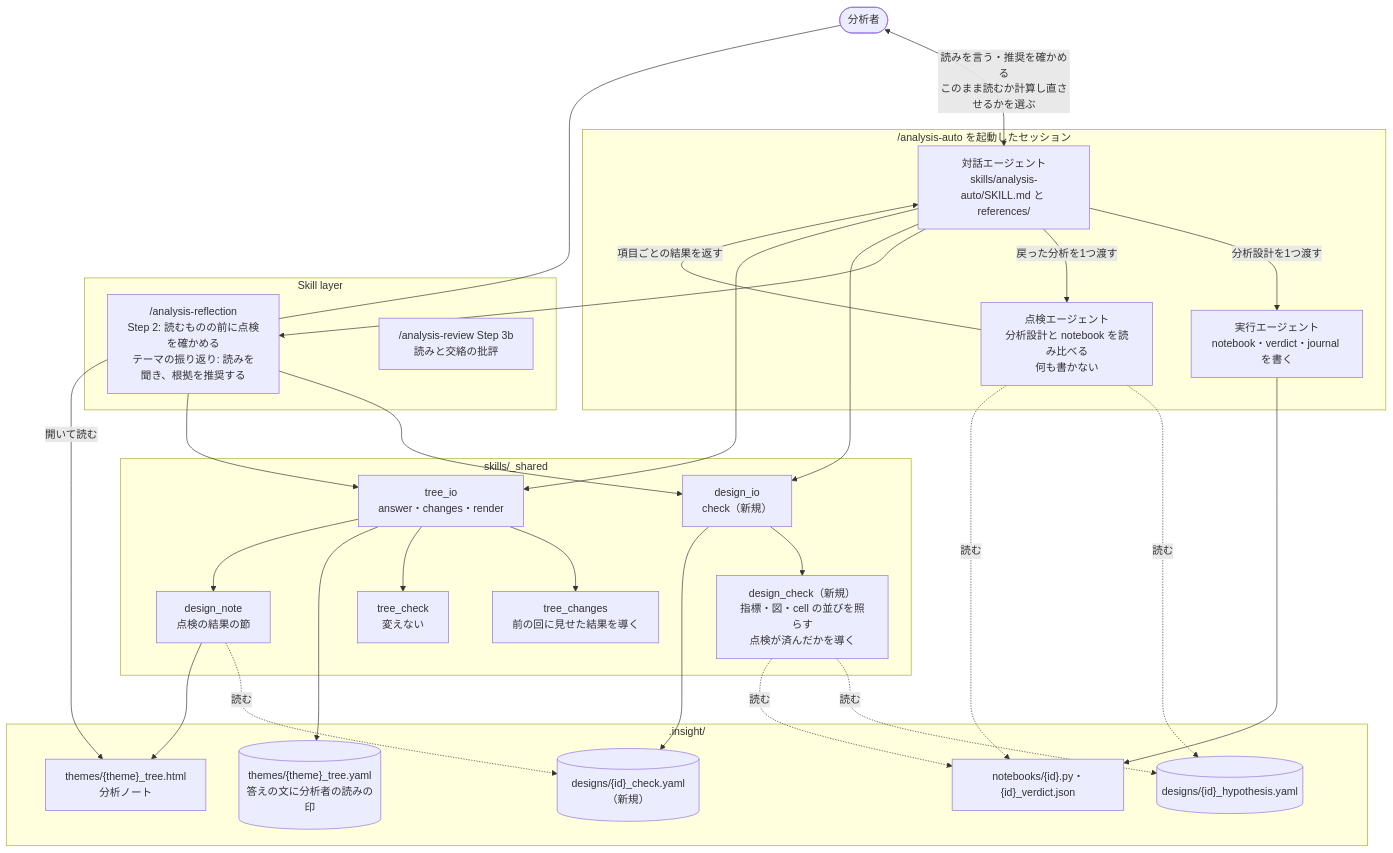
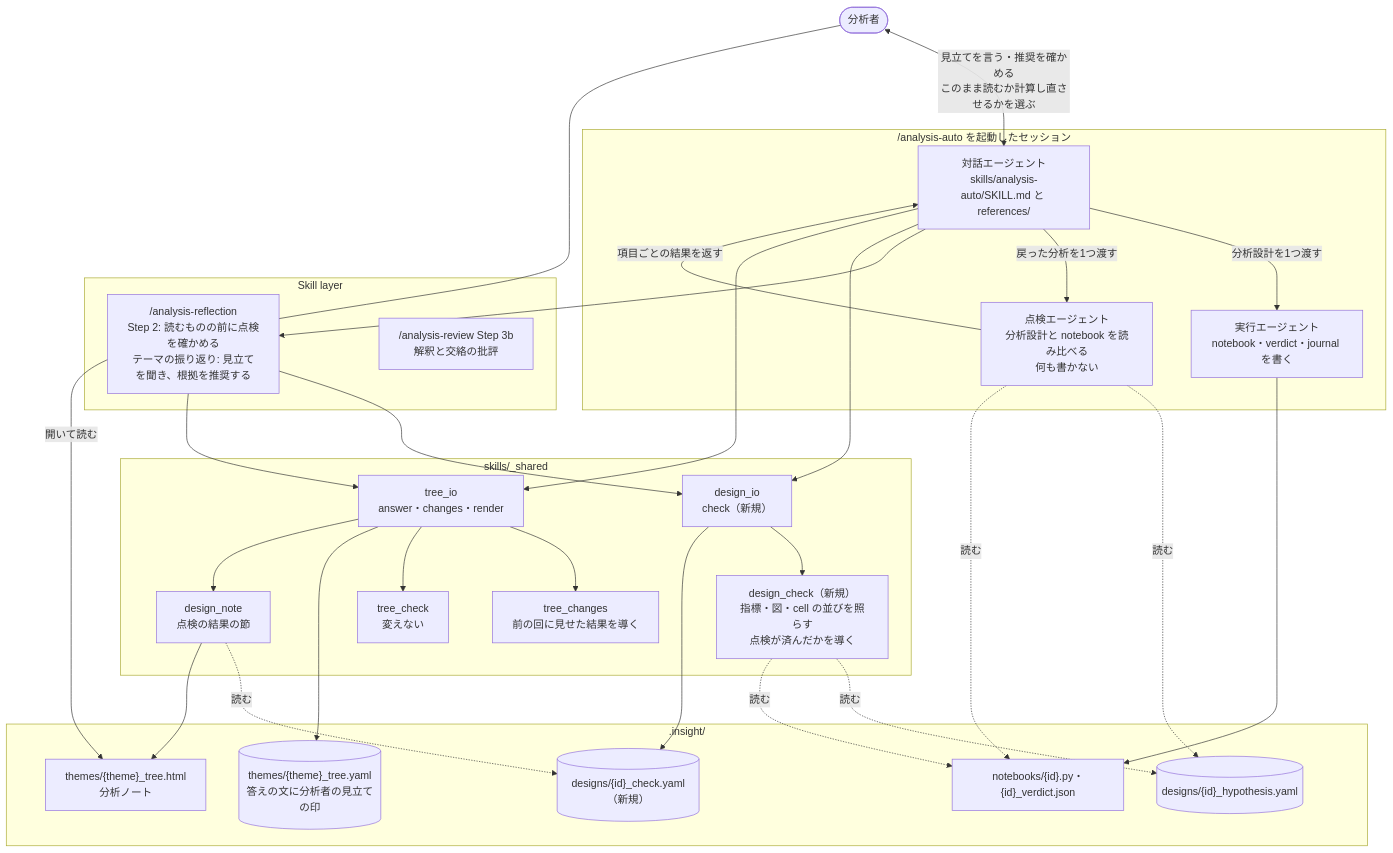
The first of 5 diagrams in docs/design/epic-36-before-the-analyst-answers.md (etoyama/insight-blueprint-skills), drawn with Mermaid before and after one commit. The commit also changed other lines of this file and 6 other files, not shown here.

````diff
--- a/docs/design/epic-36-before-the-analyst-answers.md
+++ b/docs/design/epic-36-before-the-analyst-answers.md
@@ -258,51 +261,51 @@
 ```mermaid
 flowchart TD
     analyst([分析者])
     subgraph session["/analysis-auto を起動したセッション"]
         driver["対話エージェント<br/>skills/analysis-auto/SKILL.md と references/"]
         runner["実行エージェント<br/>notebook・verdict・journal を書く"]
         checker["点検エージェント<br/>分析設計と notebook を読み比べる<br/>何も書かない"]
     end
     subgraph skills["Skill layer"]
-        reflection["/analysis-reflection<br/>Step 2: 読むものの前に点検を確かめる<br/>テーマの振り返り: 読みを聞き、根拠を推奨する"]
-        review["/analysis-review Step 3b<br/>読みと交絡の批評"]
+        reflection["/analysis-reflection<br/>Step 2: 読むものの前に点検を確かめる<br/>テーマの振り返り: 見立てを聞き、根拠を推奨する"]
+        review["/analysis-review Step 3b<br/>解釈と交絡の批評"]
     end
     subgraph cli["skills/_shared"]
         design_io["design_io<br/>check（新規）"]
         design_check["design_check（新規）<br/>指標・図・cell の並びを照らす<br/>点検が済んだかを導く"]
         tree_io["tree_io<br/>answer・changes・render"]
         tree_changes["tree_changes<br/>前の回に見せた結果を導く"]
         tree_check["tree_check<br/>変えない"]
         note["design_note<br/>点検の結果の節"]
     end
     subgraph insight[".insight/"]
         designs[("designs/{id}_hypothesis.yaml")]
         checks[("designs/{id}_check.yaml（新規）")]
         nb["notebooks/{id}.py・{id}_verdict.json"]
-        tree[("themes/{theme}_tree.yaml<br/>答えの文に分析者の読みの印")]
+        tree[("themes/{theme}_tree.yaml<br/>答えの文に分析者の見立ての印")]
         html["themes/{theme}_tree.html<br/>分析ノート"]
     end
-    analyst <-->|読みを言う・推奨を確かめる<br/>このまま読むか計算し直させるかを選ぶ| driver
+    analyst <-->|見立てを言う・推奨を確かめる<br/>このまま読むか計算し直させるかを選ぶ| driver
     analyst -->|開いて読む| html
     driver -->|分析設計を1つ渡す| runner
     driver -->|戻った分析を1つ渡す| checker
     runner --> nb
     checker -.->|読む| designs
     checker -.->|読む| nb
     checker -->|項目ごとの結果を返す| driver
     driver --> reflection
     driver --> design_io
     driver --> tree_io
     reflection --> design_io
     reflection --> tree_io
     design_io --> design_check
     design_check -.->|読む| designs
     design_check -.->|読む| nb
     design_io --> checks
     tree_io --> tree_changes
     tree_io --> tree_check
     tree_io --> tree
     tree_io --> note
     note -.->|読む| checks
     note --> html
 ```
````
